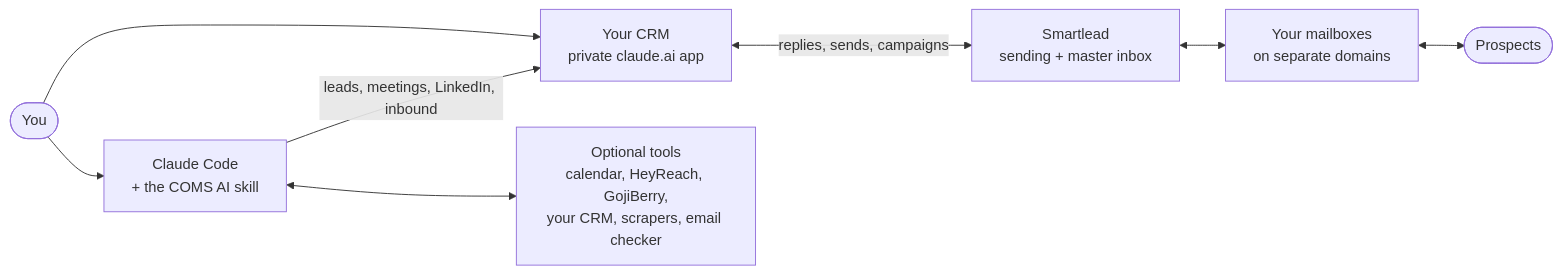
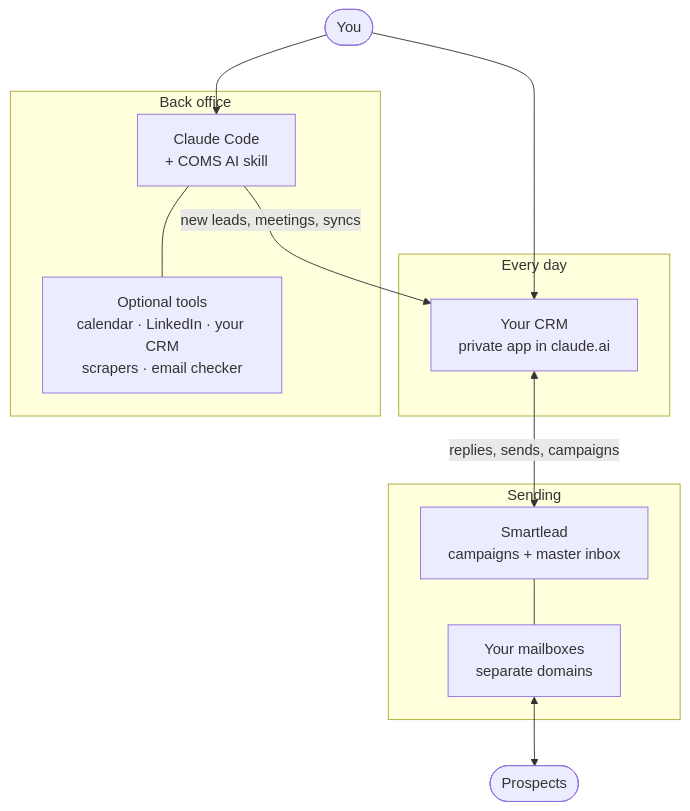
One commit to codillybts/coms-ai changed the diagram in README.md. Above: the diagram before and after it, drawn with Mermaid.

Commit message:
README: clearer system diagram

````diff
--- a/README.md
+++ b/README.md
@@ -62,10 +62,18 @@
 ```mermaid
-flowchart LR
-  you([You]) --> crm["Your CRM<br/>private claude.ai app"]
-  crm <-->|replies, sends, campaigns| sl["Smartlead<br/>sending + master inbox"]
-  sl <--> mb["Your mailboxes<br/>on separate domains"]
+flowchart TB
+  you([You])
+  subgraph daily [Every day]
+    crm["Your CRM<br/>private app in claude.ai"]
+  end
+  subgraph engine [Sending]
+    sl["Smartlead<br/>campaigns + master inbox"] --- mb["Your mailboxes<br/>separate domains"]
+  end
+  subgraph office [Back office]
+    cc["Claude Code<br/>+ COMS AI skill"] --- tools["Optional tools<br/>calendar · LinkedIn · your CRM<br/>scrapers · email checker"]
+  end
+  you --> crm
+  you --> cc
+  crm <-->|"replies, sends, campaigns"| sl
+  cc -->|"new leads, meetings, syncs"| crm
   mb <--> pros([Prospects])
-  cc["Claude Code<br/>+ the COMS AI skill"] -->|leads, meetings, LinkedIn, inbound| crm
-  cc <--> tools["Optional tools<br/>calendar, HeyReach, GojiBerry,<br/>your CRM, scrapers, email checker"]
-  you --> cc
 ```
````
